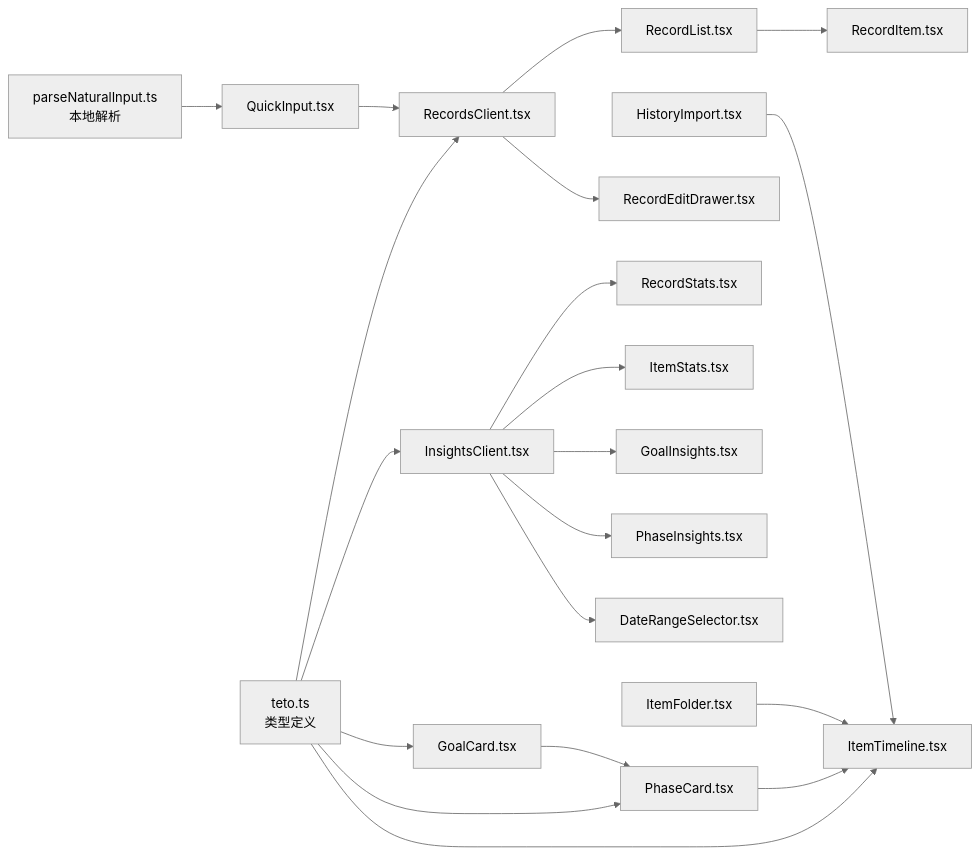
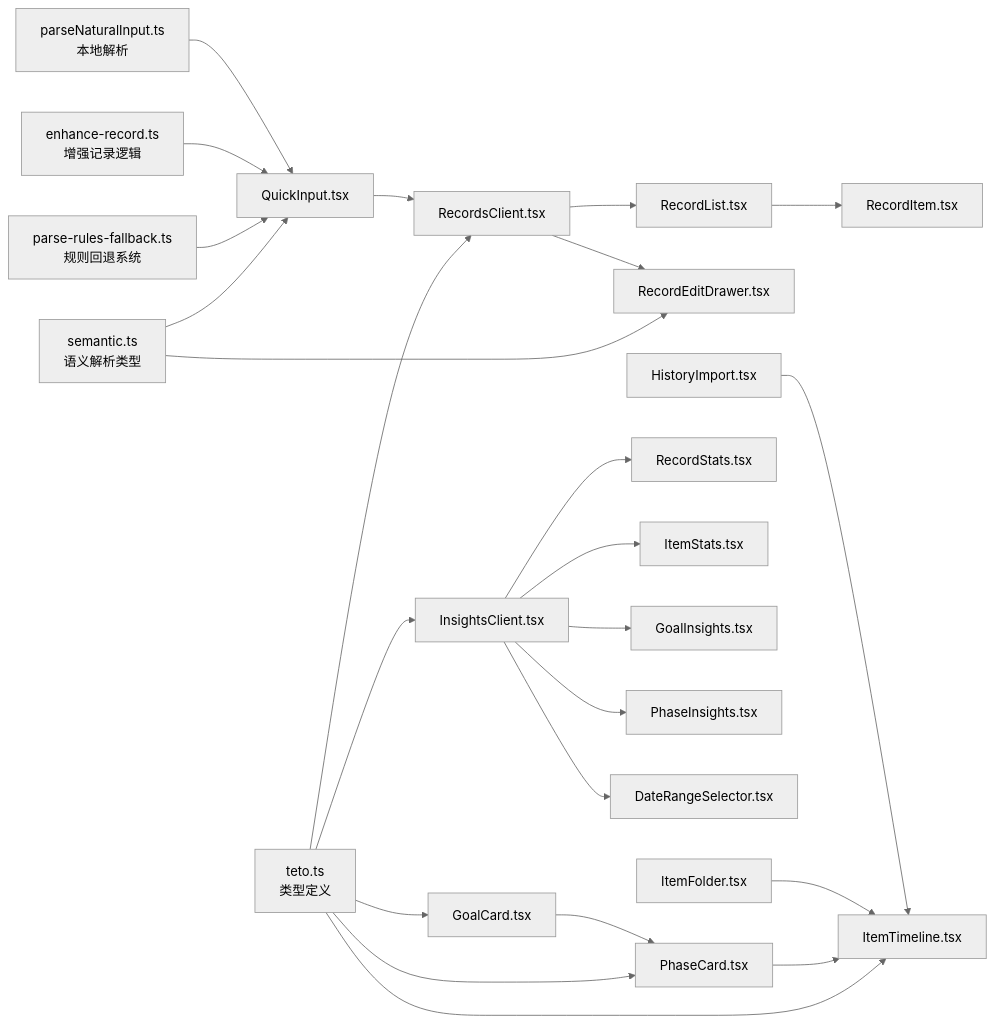
The fourth of 4 diagrams in .qoder/repowiki/zh/content/UI组件系统/业务组件.md (bbong1234/TETO), drawn with Mermaid (neutral theme) before and after one commit. The commit also changed other lines of this file and 10 other files, not shown here.

````diff
--- a/.qoder/repowiki/zh/content/UI组件系统/业务组件.md
+++ b/.qoder/repowiki/zh/content/UI组件系统/业务组件.md
@@ -510,22 +536,26 @@
 ```mermaid
 graph LR
 T["teto.ts<br/>类型定义"] --> RC["RecordsClient.tsx"]
 T --> IC["InsightsClient.tsx"]
 T --> GC["GoalCard.tsx"]
 T --> PC["PhaseCard.tsx"]
 T --> IT["ItemTimeline.tsx"]
-PNI["parseNaturalInput.ts<br/>本地解析"] --> QI["QuickInput.tsx"]
+SEM["semantic.ts<br/>语义解析类型"] --> QI["QuickInput.tsx"]
+SEM --> RED["RecordEditDrawer.tsx"]
+PF["parse-rules-fallback.ts<br/>规则回退系统"] --> QI
+ER["enhance-record.ts<br/>增强记录逻辑"] --> QI
+PNI["parseNaturalInput.ts<br/>本地解析"] --> QI
 QI --> RC
 RC --> RL["RecordList.tsx"]
 RL --> RI["RecordItem.tsx"]
-RC --> RED["RecordEditDrawer.tsx"]
+RC --> RED
 IC --> RS["RecordStats.tsx"]
 IC --> IS["ItemStats.tsx"]
 IC --> GI["GoalInsights.tsx"]
 IC --> PI["PhaseInsights.tsx"]
 IC --> DR["DateRangeSelector.tsx"]
 GC --> PC
 PC --> IT
 IF["ItemFolder.tsx"] --> IT
 HI["HistoryImport.tsx"] --> IT
 ```
````
